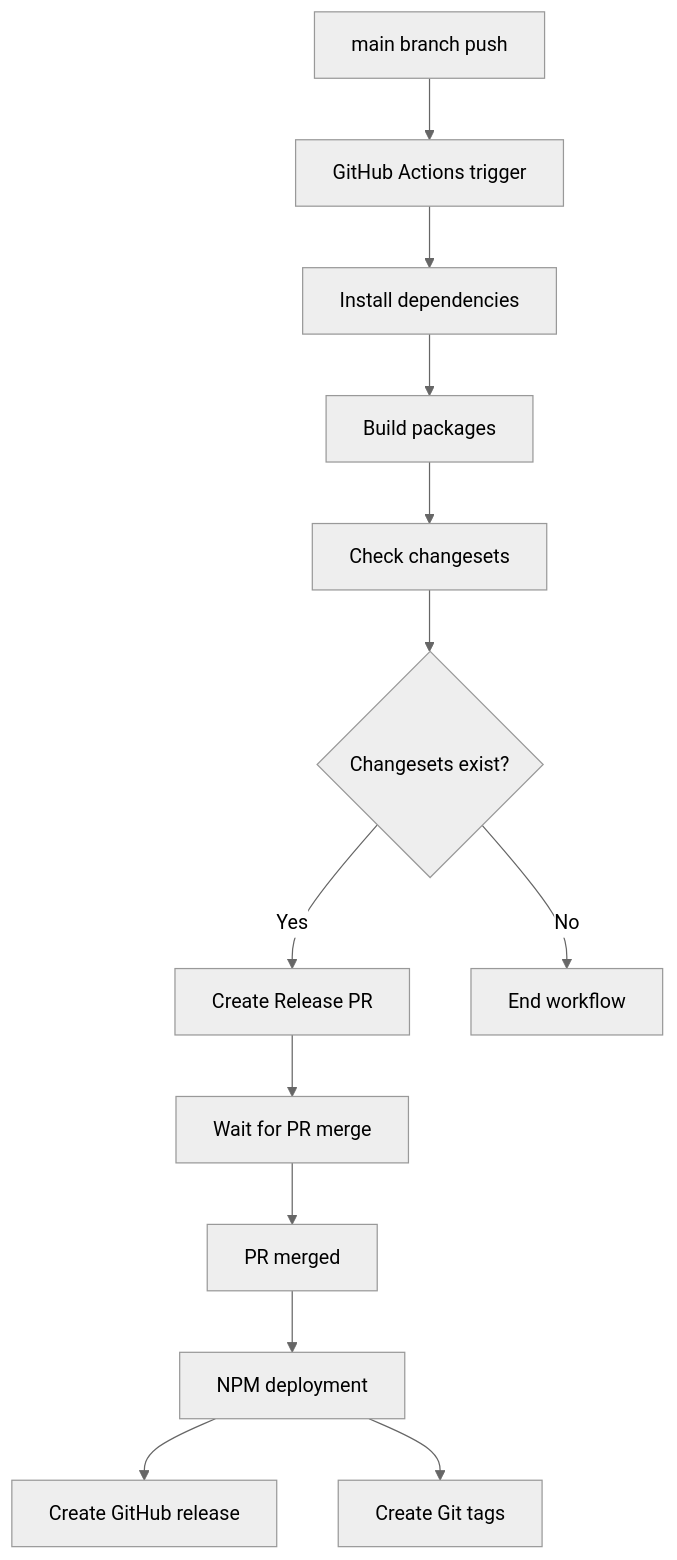
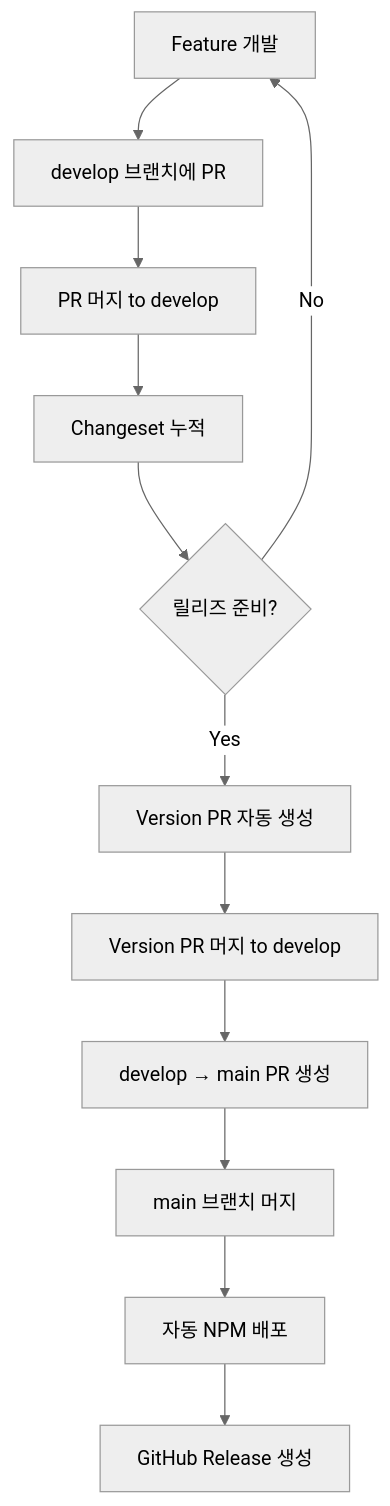
Before and after one commit to easylogic/cssma: the diagram in .cursor/rules/development-workflow.mdc, drawn with Mermaid (neutral theme). The commit also changed other lines of this file and 1 other file, not shown here.

Commit message:
docs: update project management guide to reflect enhanced development workflow and architecture - Revise feature development process with detailed steps - Introduce automated release pipeline and changeset management - Improve documentation structure and clarity for better understanding

````diff
--- a/.cursor/rules/development-workflow.mdc
+++ b/.cursor/rules/development-workflow.mdc
@@ -257,15 +12,14 @@
 ```mermaid
 graph TD
-    A[main branch push] --> B[GitHub Actions trigger]
-    B --> C[Install dependencies]
-    C --> D[Build packages]
-    D --> E[Check changesets]
-    E --> F{Changesets exist?}
-    F -->|Yes| G[Create Release PR]
-    F -->|No| H[End workflow]
-    G --> I[Wait for PR merge]
-    I --> J[PR merged]
-    J --> K[NPM deployment]
-    K --> L[Create GitHub release]
-    K --> M[Create Git tags]
+    A[Feature 개발] --> B[develop 브랜치에 PR]
+    B --> C[PR 머지 to develop]
+    C --> D[Changeset 누적]
+    D --> E{릴리즈 준비?}
+    E -->|Yes| F[Version PR 자동 생성]
+    E -->|No| A
+    F --> G[Version PR 머지 to develop]
+    G --> H[develop → main PR 생성]
+    H --> I[main 브랜치 머지]
+    I --> J[자동 NPM 배포]
+    J --> K[GitHub Release 생성]
 ```
````
